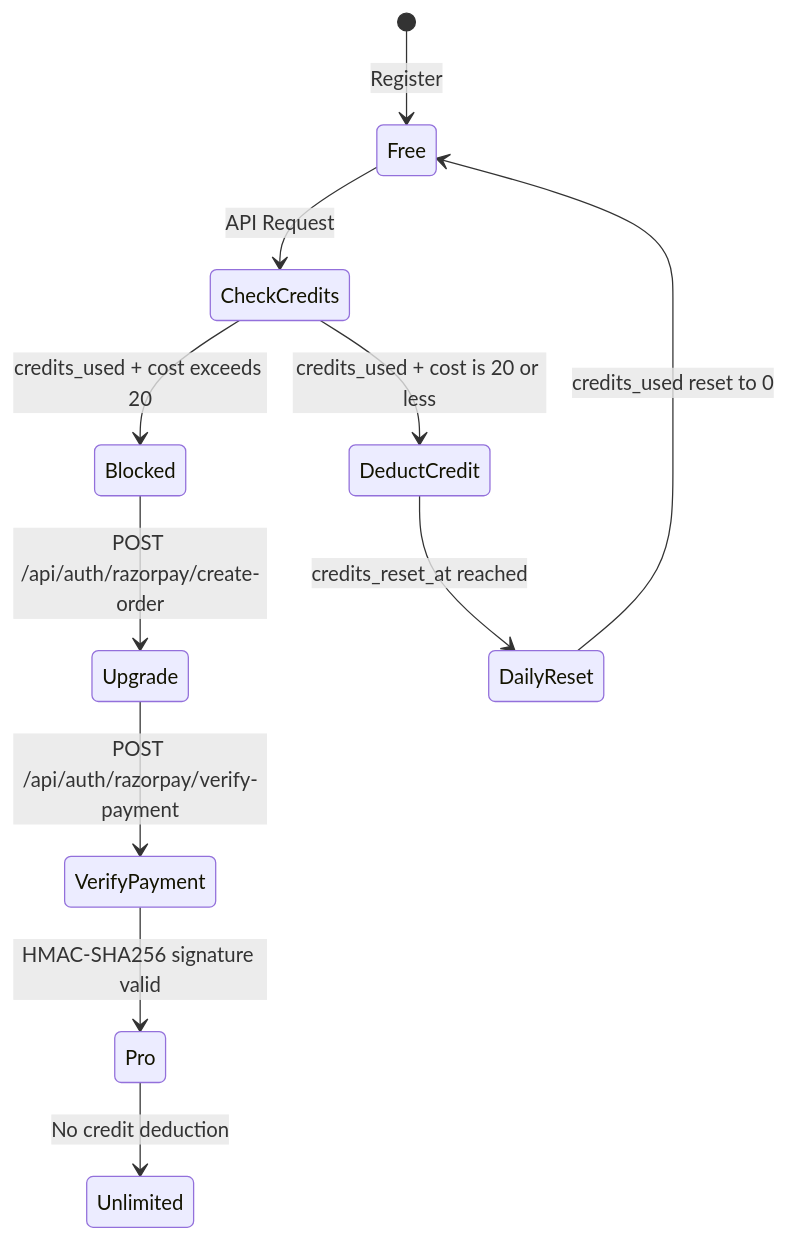
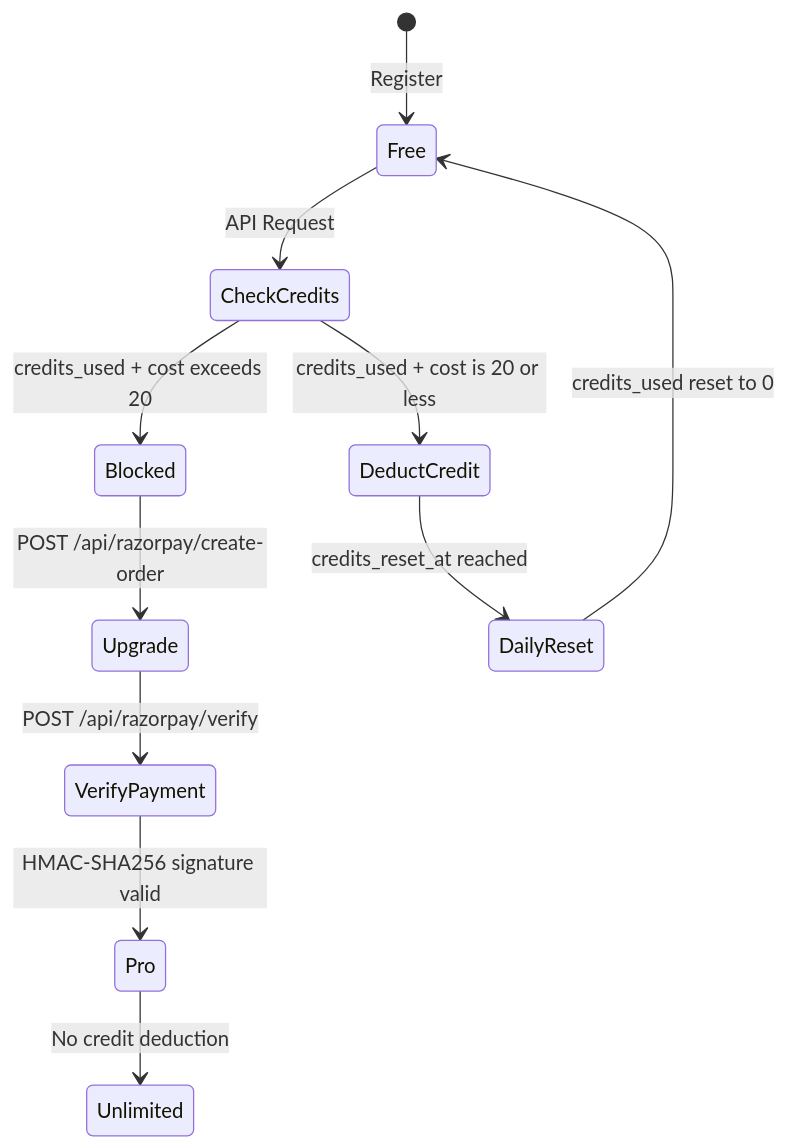
The sixth of 6 diagrams in README.md (aarif-123/GraphRag-Research-Assistant), drawn with Mermaid before and after one commit. The commit also changed other lines of this file and 2 other files, not shown here.

First line of the commit message:
docs: regenerate SVG diagrams and fix README inaccuracies

````diff
--- a/README.md
+++ b/README.md
@@ -840,13 +858,13 @@
 ```mermaid
 stateDiagram-v2
     [*] --> Free : Register
     Free --> CheckCredits : API Request
     CheckCredits --> DeductCredit : credits_used + cost is 20 or less
     CheckCredits --> Blocked : credits_used + cost exceeds 20
-    Blocked --> Upgrade : POST /api/auth/razorpay/create-order
-    Upgrade --> VerifyPayment : POST /api/auth/razorpay/verify-payment
+    Blocked --> Upgrade : POST /api/razorpay/create-order
+    Upgrade --> VerifyPayment : POST /api/razorpay/verify
     VerifyPayment --> Pro : HMAC-SHA256 signature valid
     Pro --> Unlimited : No credit deduction
     DeductCredit --> DailyReset : credits_reset_at reached
     DailyReset --> Free : credits_used reset to 0
 ```
````
